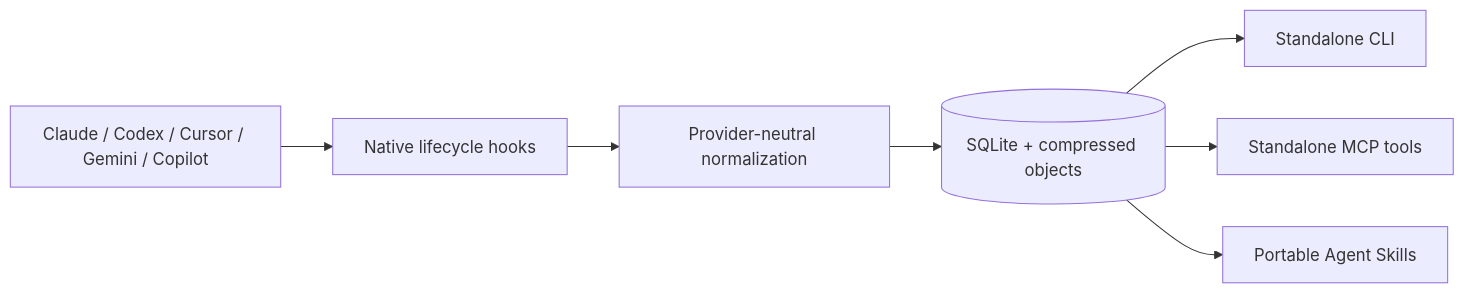
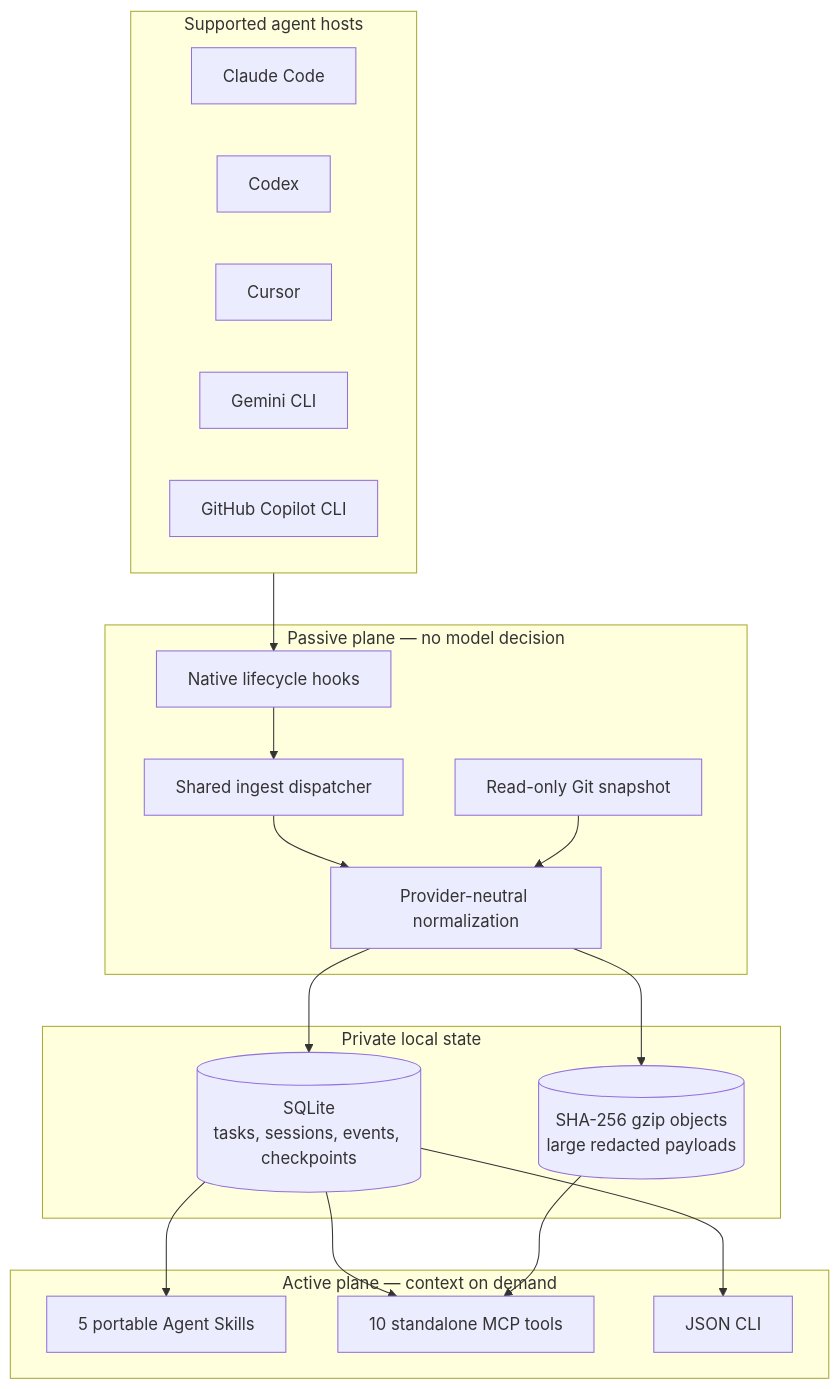
Diagram 30 of 32 in ARCHITECTURE.md (hoangsonww/AI-Agents-Orchestrator), drawn with Mermaid before and after one commit. The commit also changed other lines of this file and 1 other file, not shown here.

Commit message:
docs: expand standalone AI Collaboration coverage

````diff
--- a/ARCHITECTURE.md
+++ b/ARCHITECTURE.md
@@ -1648,9 +1673,39 @@
 ```mermaid
-flowchart LR
-    Hosts[Claude / Codex / Cursor / Gemini / Copilot] --> Hooks[Native lifecycle hooks]
-    Hooks --> Normalize[Provider-neutral normalization]
-    Normalize --> Store[(SQLite + compressed objects)]
-    Store --> CLI[Standalone CLI]
-    Store --> MCP[Standalone MCP tools]
-    Store --> Skills[Portable Agent Skills]
+flowchart TB
+    subgraph Hosts[Supported agent hosts]
+        Claude[Claude Code]
+        Codex[Codex]
+        Cursor[Cursor]
+        Gemini[Gemini CLI]
+        Copilot[GitHub Copilot CLI]
+    end
+
+    subgraph Passive[Passive plane — no model decision]
+        Hooks[Native lifecycle hooks]
+        Ingest[Shared ingest dispatcher]
+        Normalize[Provider-neutral normalization]
+        Git[Read-only Git snapshot]
+    end
+
+    subgraph State[Private local state]
+        SQLite[(SQLite<br/>tasks, sessions, events, checkpoints)]
+        Objects[(SHA-256 gzip objects<br/>large redacted payloads)]
+    end
+
+    subgraph Active[Active plane — context on demand]
+        Skills[5 portable Agent Skills]
+        MCP[10 standalone MCP tools]
+        CLI[JSON CLI]
+    end
+
+    Hosts --> Hooks
+    Hooks --> Ingest
+    Ingest --> Normalize
+    Git --> Normalize
+    Normalize --> SQLite
+    Normalize --> Objects
+    SQLite --> Skills
+    SQLite --> MCP
+    SQLite --> CLI
+    Objects --> MCP
 ```
````
